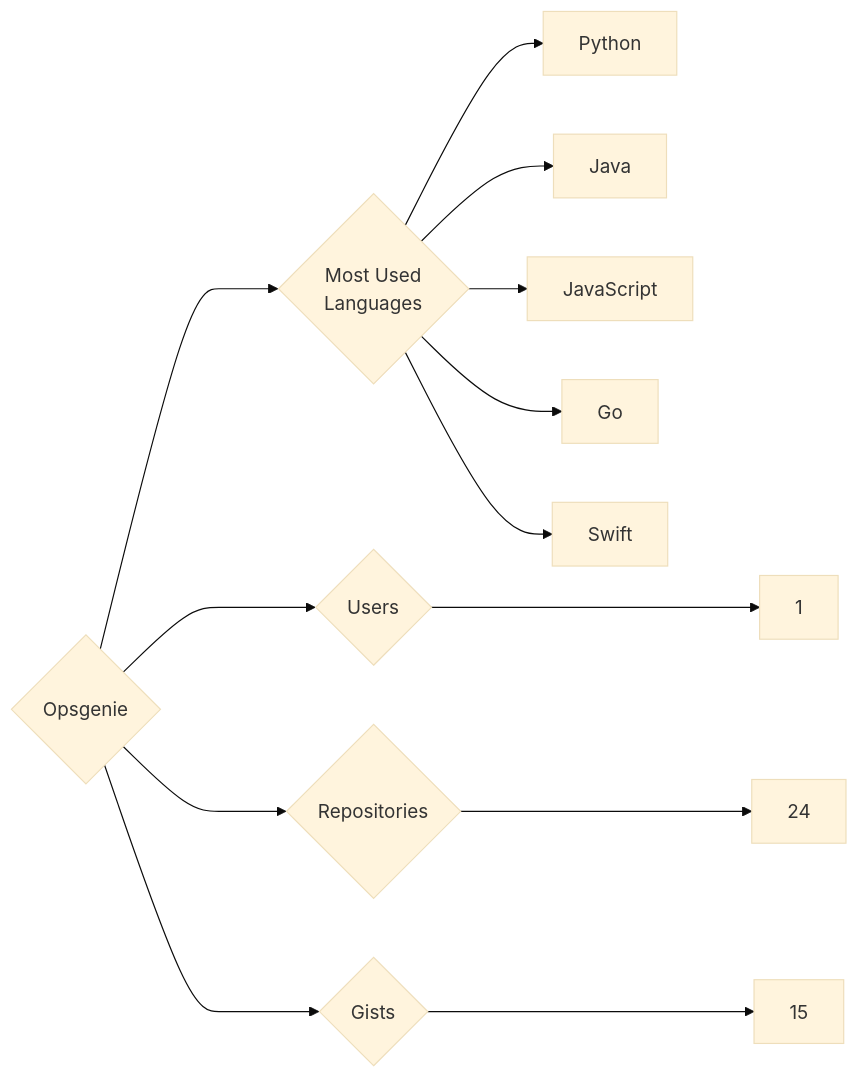
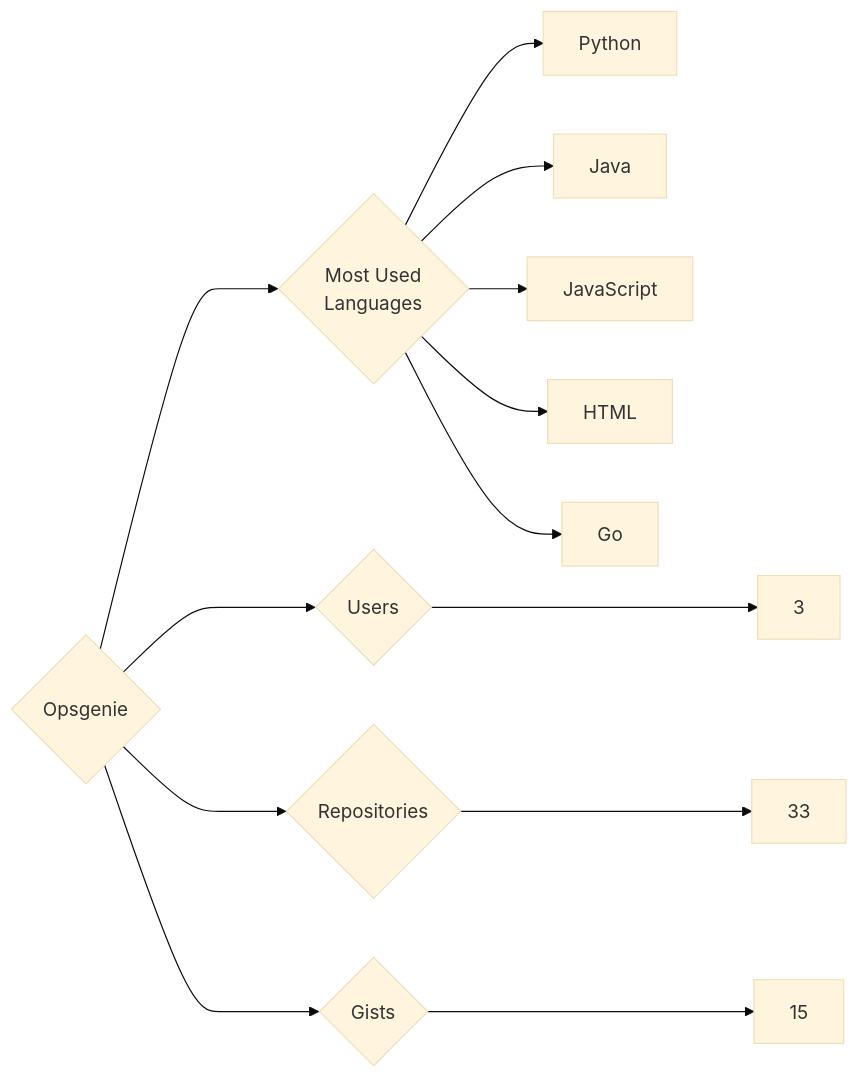
One commit to trickest/insiders changed the diagram in targets/Opsgenie/README.md. Above: the diagram before and after it, drawn with Mermaid (base theme). The commit also changed 973 other files, not shown here.

````diff
--- a/targets/Opsgenie/README.md
+++ b/targets/Opsgenie/README.md
@@ -3,13 +3,13 @@
 ```mermaid
 graph LR
 COMPANY_NAME{Opsgenie}
-COMPANY_NAME ---> U{Users} ---> UN[1]
-COMPANY_NAME ---> R{Repositories} ---> RN[24]
+COMPANY_NAME ---> U{Users} ---> UN[3]
+COMPANY_NAME ---> R{Repositories} ---> RN[33]
 COMPANY_NAME ---> G{Gists} ---> GN[15]
 COMPANY_NAME ---> ML{Most Used<br>Languages}
 ML --> Python[Python]
 ML --> Java[Java]
 ML --> JavaScript[JavaScript]
+ML --> HTML[HTML]
 ML --> Go[Go]
-ML --> Swift[Swift]
 ```
````
